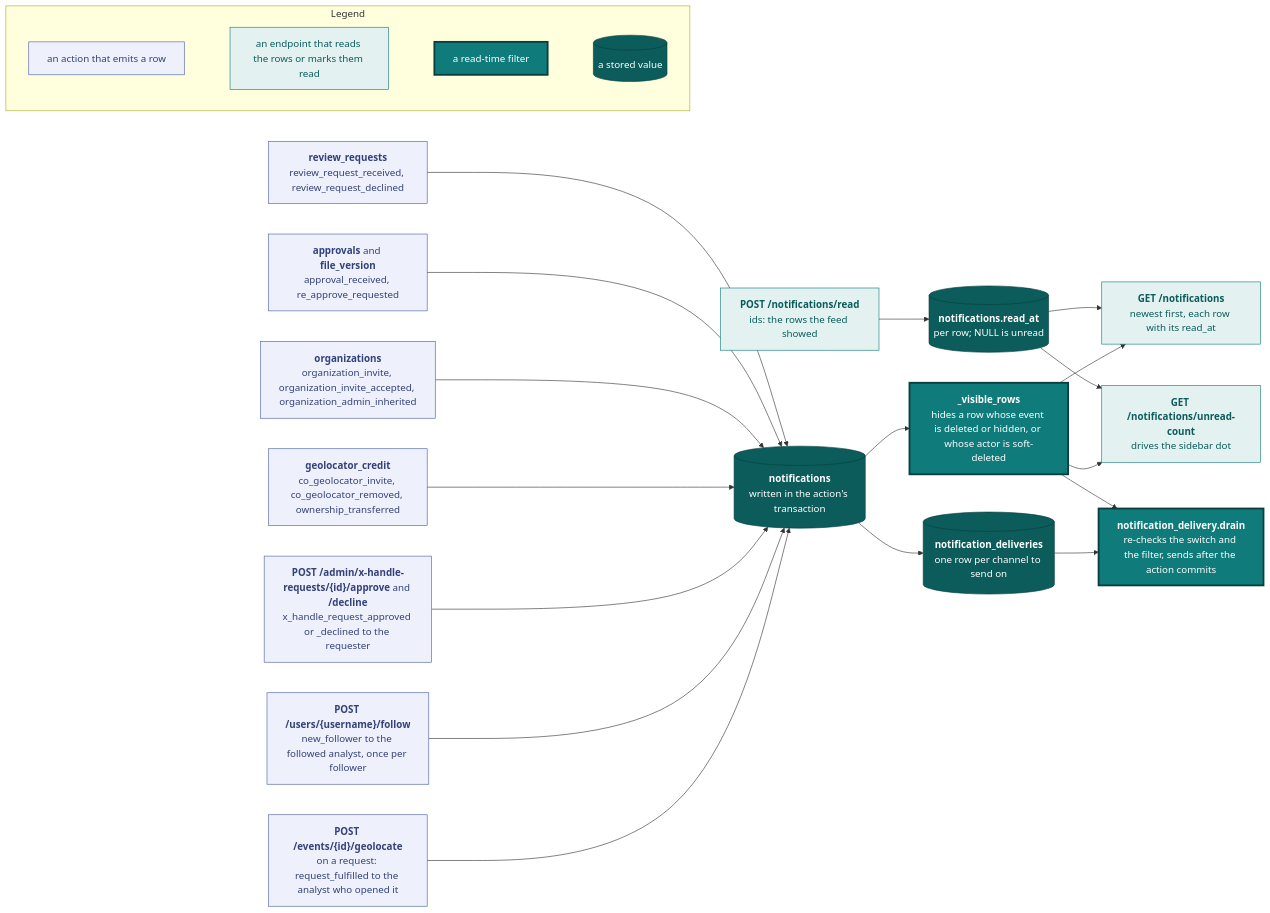
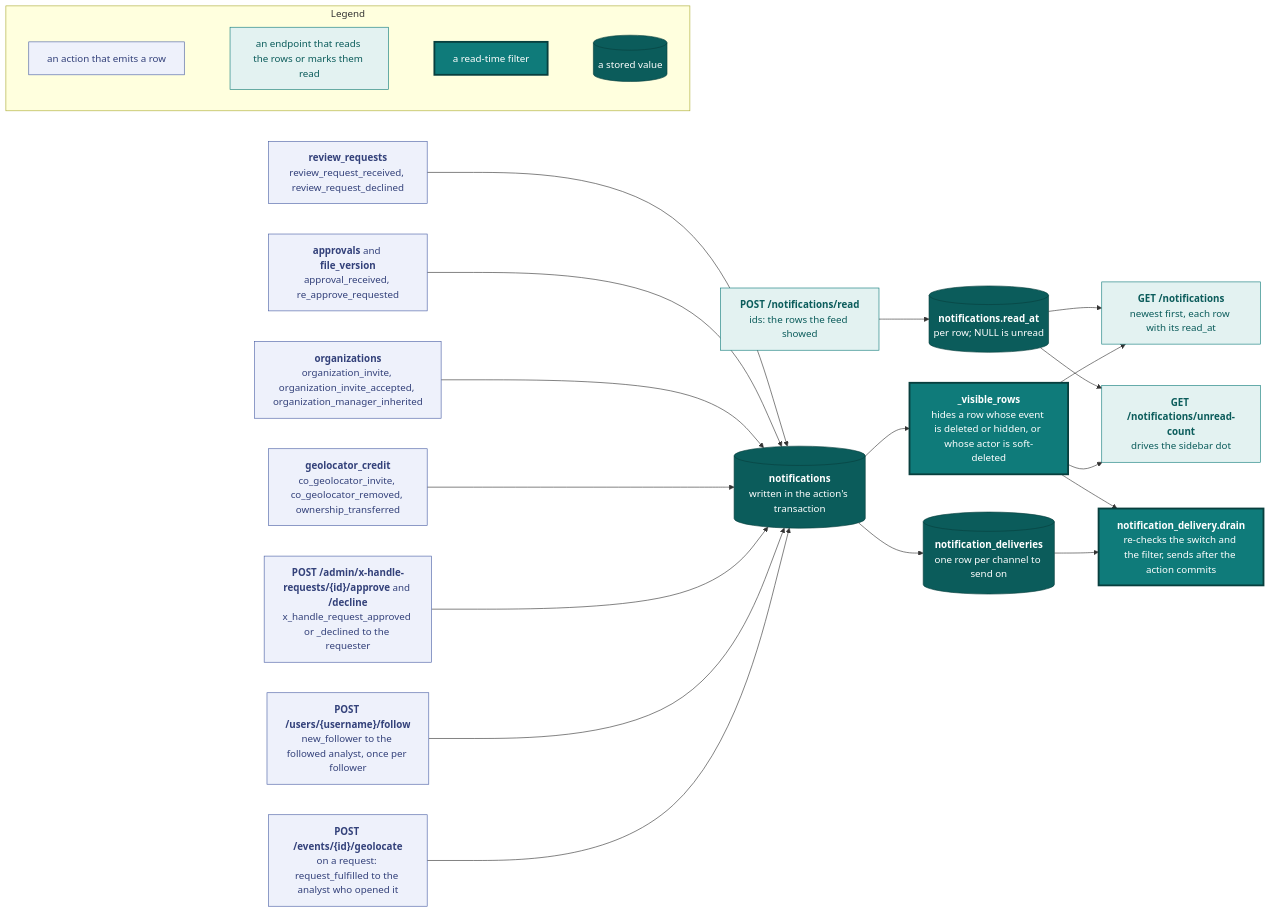
The seventh of 8 diagrams in docs/api.md (vidithq/vidit), drawn with Mermaid before and after one commit. The commit also changed other lines of this file and 4 other files, not shown here.

First line of the commit message:
docs: call the organization role org manager

````diff
--- a/docs/api.md
+++ b/docs/api.md
@@ -2519,63 +2519,63 @@
 ```mermaid
 flowchart LR
   classDef spec fill:#eef1fb,stroke:#4a5fa5,color:#33417a
   classDef shared fill:#e3f2f1,stroke:#0f7b7a,color:#0b5c5b
   classDef core fill:#0f7b7a,stroke:#083f3e,stroke-width:3px,color:#ffffff
   classDef store fill:#0b5c5b,stroke:#083f3e,color:#ffffff
 
   subgraph legend [Legend]
     direction LR
     l1["`an action that emits a row`"]:::spec
     l2["`an endpoint that reads the rows or marks them read`"]:::shared
     l3["`a read-time filter`"]:::core
     l4[("`a stored value`")]:::store
     l1 ~~~ l2 ~~~ l3 ~~~ l4
   end
 
   geolocate["`**POST /events/{id}/geolocate**
   on a request: request_fulfilled to the analyst who opened it`"]:::spec
   follow["`**POST /users/{username}/follow**
   new_follower to the followed analyst, once per follower`"]:::spec
   xhandle["`**POST /admin/x-handle-requests/{id}/approve** and **/decline**
   x_handle_request_approved or _declined to the requester`"]:::spec
   credit["`**geolocator_credit**
   co_geolocator_invite, co_geolocator_removed, ownership_transferred`"]:::spec
   orgs["`**organizations**
-  organization_invite, organization_invite_accepted, organization_admin_inherited`"]:::spec
+  organization_invite, organization_invite_accepted, organization_manager_inherited`"]:::spec
   approvals["`**approvals** and **file_version**
   approval_received, re_approve_requested`"]:::spec
   reviews["`**review_requests**
   review_request_received, review_request_declined`"]:::spec
   rows[("`**notifications**
   written in the action's transaction`")]:::store
   visible["`**_visible_rows**
   hides a row whose event is deleted or hidden, or whose actor is soft-deleted`"]:::core
   feed["`**GET /notifications**
   newest first, each row with its read_at`"]:::shared
   count["`**GET /notifications/unread-count**
   drives the sidebar dot`"]:::shared
   read["`**POST /notifications/read**
   ids: the rows the feed showed`"]:::shared
   readat[("`**notifications.read_at**
   per row; NULL is unread`")]:::store
   queue[("`**notification_deliveries**
   one row per channel to send on`")]:::store
   worker["`**notification_delivery.drain**
   re-checks the switch and the filter, sends after the action commits`"]:::core
 
   geolocate --> rows
   follow --> rows
   xhandle --> rows
   credit --> rows
   orgs --> rows
   approvals --> rows
   reviews --> rows
   rows --> visible
   visible --> feed
   visible --> count
   read --> readat
   readat --> count
   readat --> feed
   rows --> queue --> worker
   visible --> worker
 ```
````
